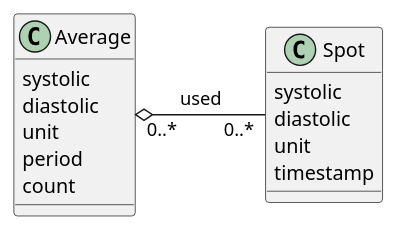
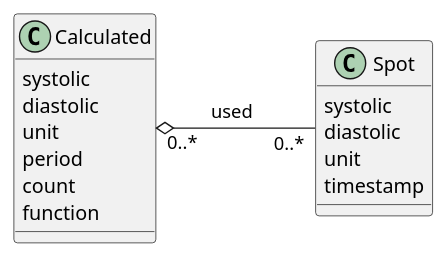
Before and after one commit to frankoemig/bloodpressure: the diagram in input/images-source/average_model.plantuml, drawn with PlantUML. The commit also changed 7 other files, not shown here.

```diff
--- a/input/images-source/average_model.plantuml
+++ b/input/images-source/average_model.plantuml
@@ -1,23 +1,23 @@
 @startuml
-
 
 
 class "Spot" as spot {
     systolic
     diastolic
     unit
     timestamp
 }
 
 
-class "Average" as avg {
+class "Calculated" as calc {
     systolic
     diastolic
     unit
     period
     count
+    function
 }
 
-avg "0..*" o-right- "0..*" spot : "    used    "
+calc "0..*" o-right- "0..*" spot : "      used        "
 
 @enduml
```
